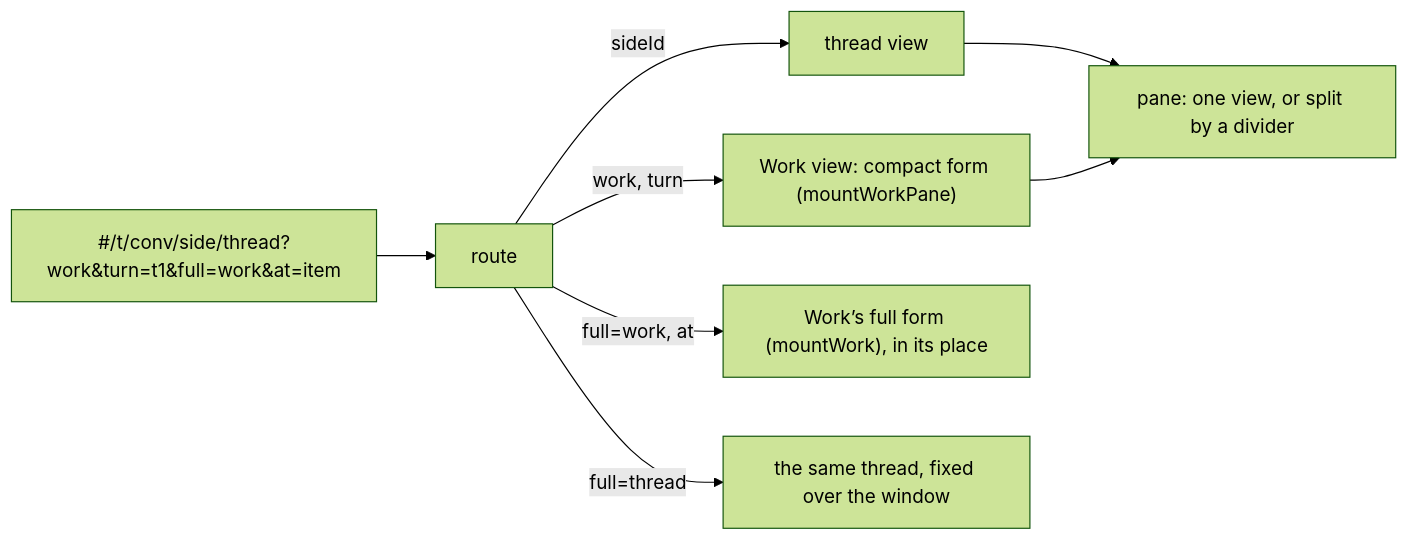
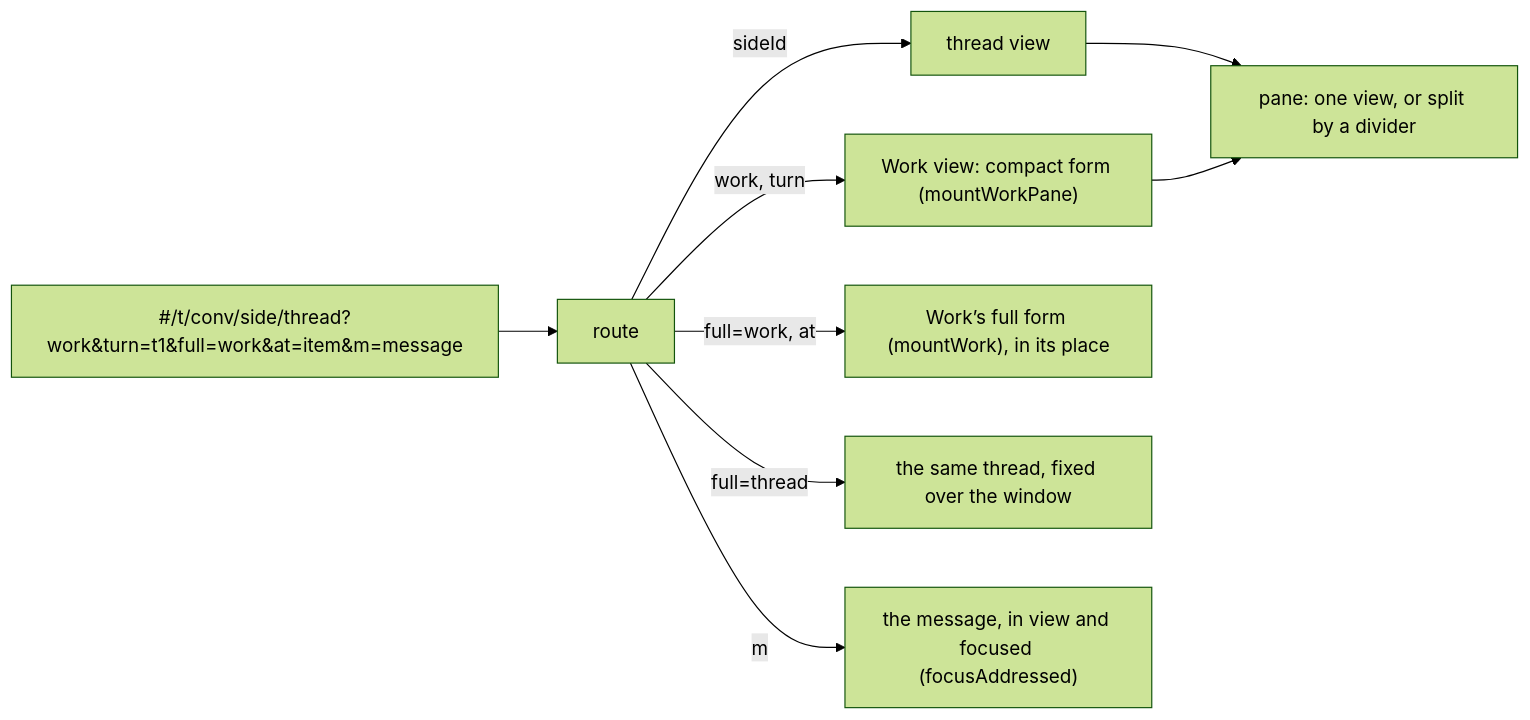
The diagram in designs/architecture/front-end.md (HJeon139/postbox), drawn with Mermaid (forest theme) before and after one commit. The commit also changed other lines of this file and 3 other files, not shown here.

First line of the commit message:
fix(nav): a message's address opens the Work left open in its conversation

````diff
--- a/designs/architecture/front-end.md
+++ b/designs/architecture/front-end.md
@@ -33,9 +33,10 @@
 ```mermaid
 flowchart LR
-  A["#/t/conv/side/thread?work&turn=t1&full=work&at=item"] --> R[route]
+  A["#/t/conv/side/thread?work&turn=t1&full=work&at=item&m=message"] --> R[route]
   R -->|sideId| T[thread view]
   R -->|work, turn| W["Work view: compact form (mountWorkPane)"]
   R -->|"full=work, at"| F["Work’s full form (mountWork), in its place"]
   R -->|full=thread| TF["the same thread, fixed over the window"]
+  R -->|m| M["the message, in view and focused (focusAddressed)"]
   T & W --> P["pane: one view, or split by a divider"]
 ```
````
